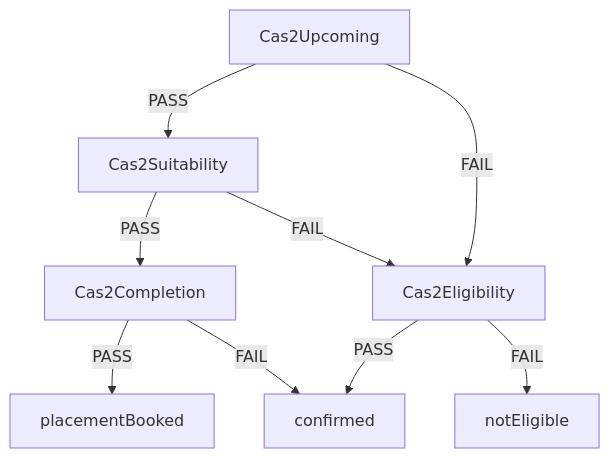
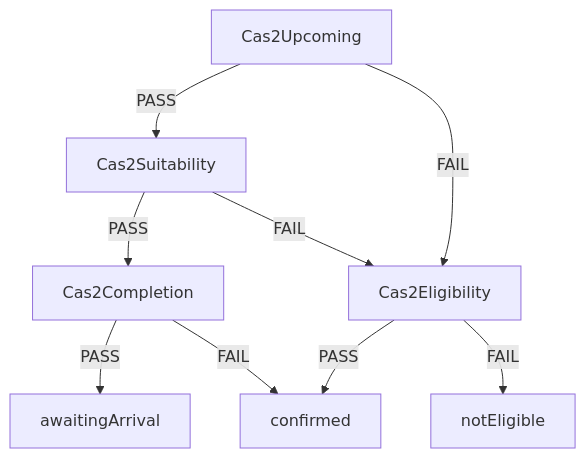
The second of 6 diagrams in docs/eligibility-rules-graph.md (ministryofjustice/hmpps-single-accommodation-service-api), drawn with Mermaid before and after one commit. The commit also changed other lines of this file and 38 other files, not shown here.

````diff
--- a/docs/eligibility-rules-graph.md
+++ b/docs/eligibility-rules-graph.md
@@ -63,18 +63,18 @@
 ```mermaid
 flowchart TD
   Cas2Upcoming["Cas2Upcoming"]
   Cas2Suitability["Cas2Suitability"]
   Cas2Completion["Cas2Completion"]
-  placementBooked["placementBooked"]
+  awaitingArrival["awaitingArrival"]
   confirmed["confirmed"]
   Cas2Eligibility["Cas2Eligibility"]
   notEligible["notEligible"]
-  Cas2Completion -->|PASS| placementBooked
+  Cas2Completion -->|PASS| awaitingArrival
   Cas2Completion -->|FAIL| confirmed
   Cas2Eligibility -->|PASS| confirmed
   Cas2Eligibility -->|FAIL| notEligible
   Cas2Suitability -->|PASS| Cas2Completion
   Cas2Suitability -->|FAIL| Cas2Eligibility
   Cas2Upcoming -->|PASS| Cas2Suitability
   Cas2Upcoming -->|FAIL| Cas2Eligibility
 ```
````
